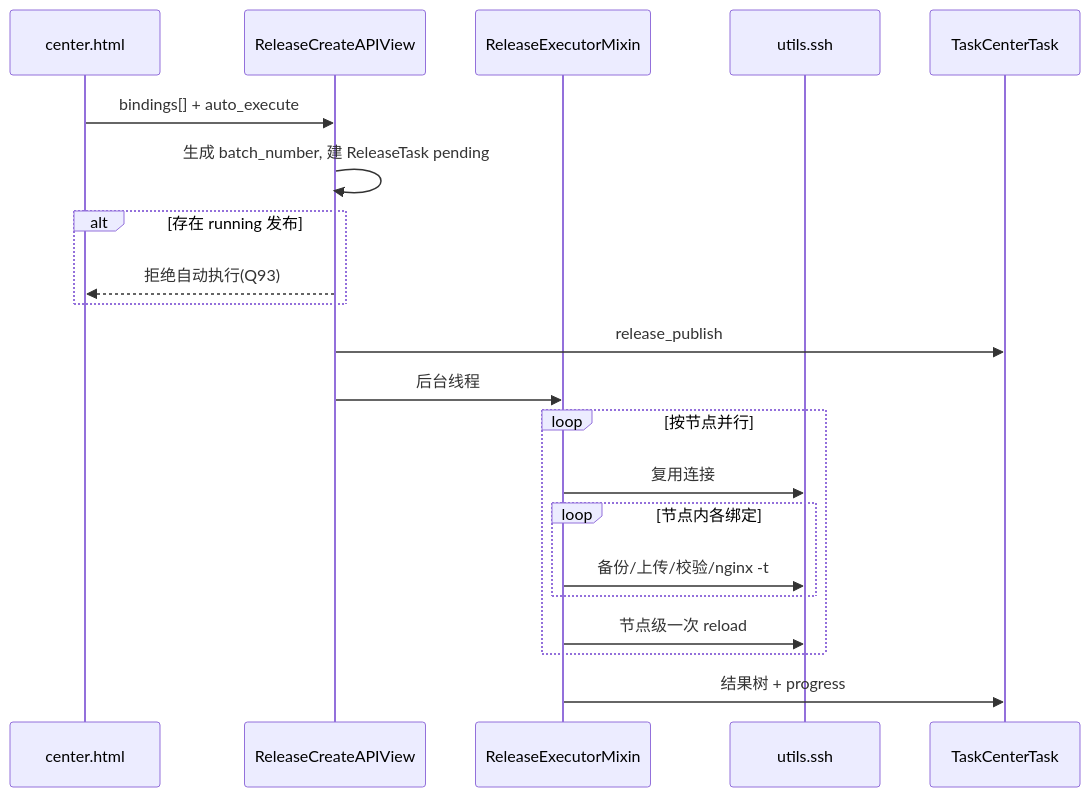
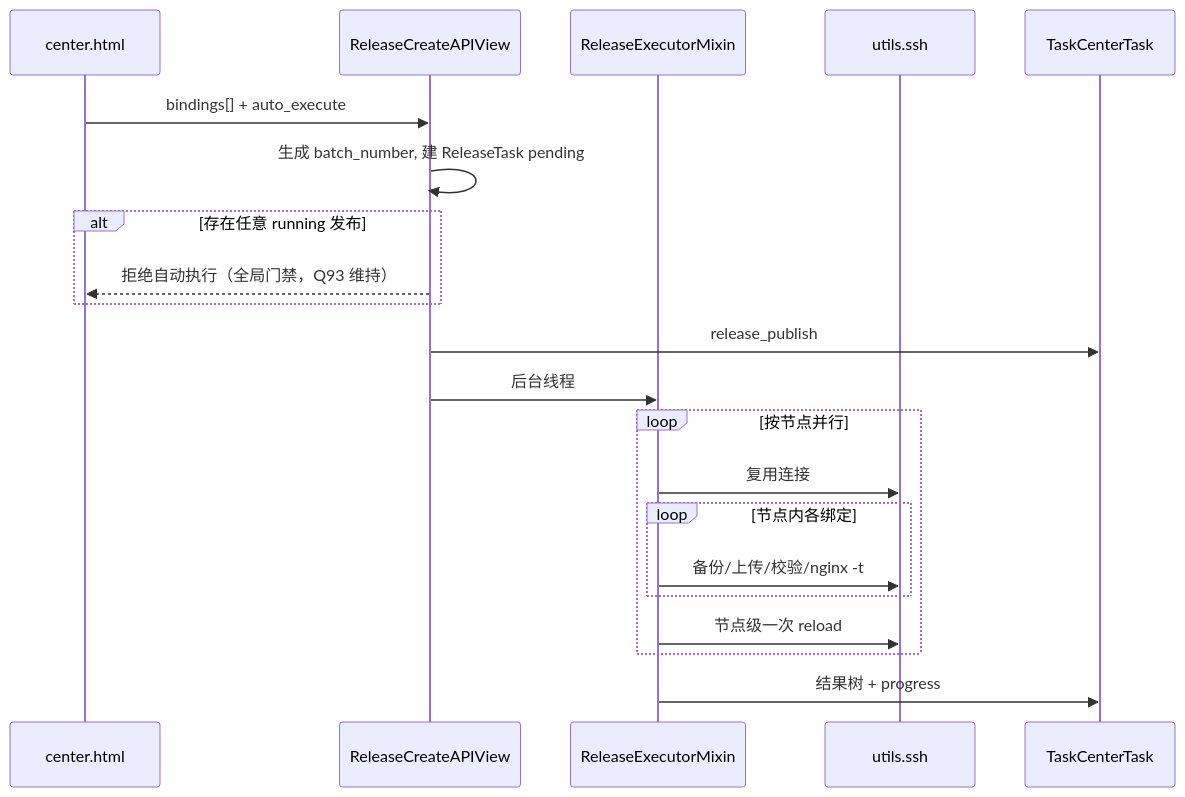
One commit to zerotocode398/mngxops changed the diagram in docs/08-releases.md. Above: the diagram before and after it, drawn with Mermaid. The commit also changed other lines of this file and 13 other files, not shown here.

````diff
--- a/docs/08-releases.md
+++ b/docs/08-releases.md
@@ -54,24 +54,24 @@
 ```mermaid
 sequenceDiagram
   participant UI as center.html
   participant API as ReleaseCreateAPIView
   participant EX as ReleaseExecutorMixin
   participant SSH as utils.ssh
   participant TC as TaskCenterTask
 
   UI->>API: bindings[] + auto_execute
   API->>API: 生成 batch_number, 建 ReleaseTask pending
-  alt 存在 running 发布
-    API-->>UI: 拒绝自动执行(Q93)
+  alt 存在任意 running 发布
+    API-->>UI: 拒绝自动执行（全局门禁，Q93 维持）
   end
   API->>TC: release_publish
   API->>EX: 后台线程
   loop 按节点并行
     EX->>SSH: 复用连接
     loop 节点内各绑定
       EX->>SSH: 备份/上传/校验/nginx -t
     end
     EX->>SSH: 节点级一次 reload
   end
   EX->>TC: 结果树 + progress
 ```
````
